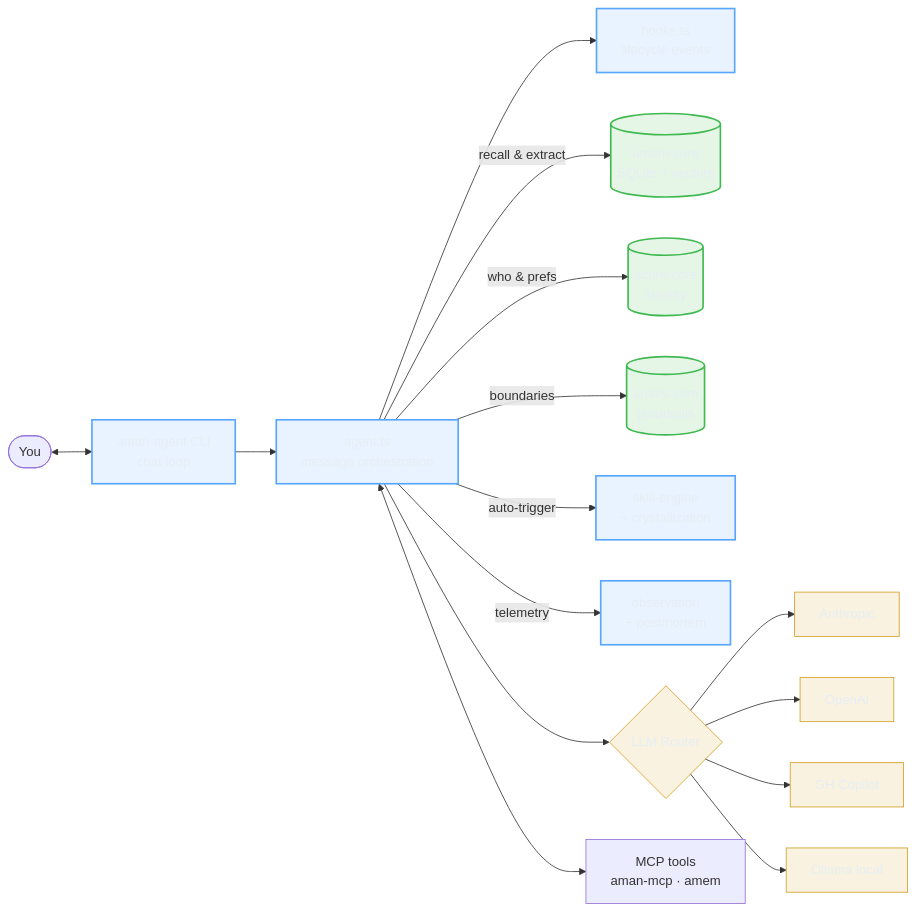
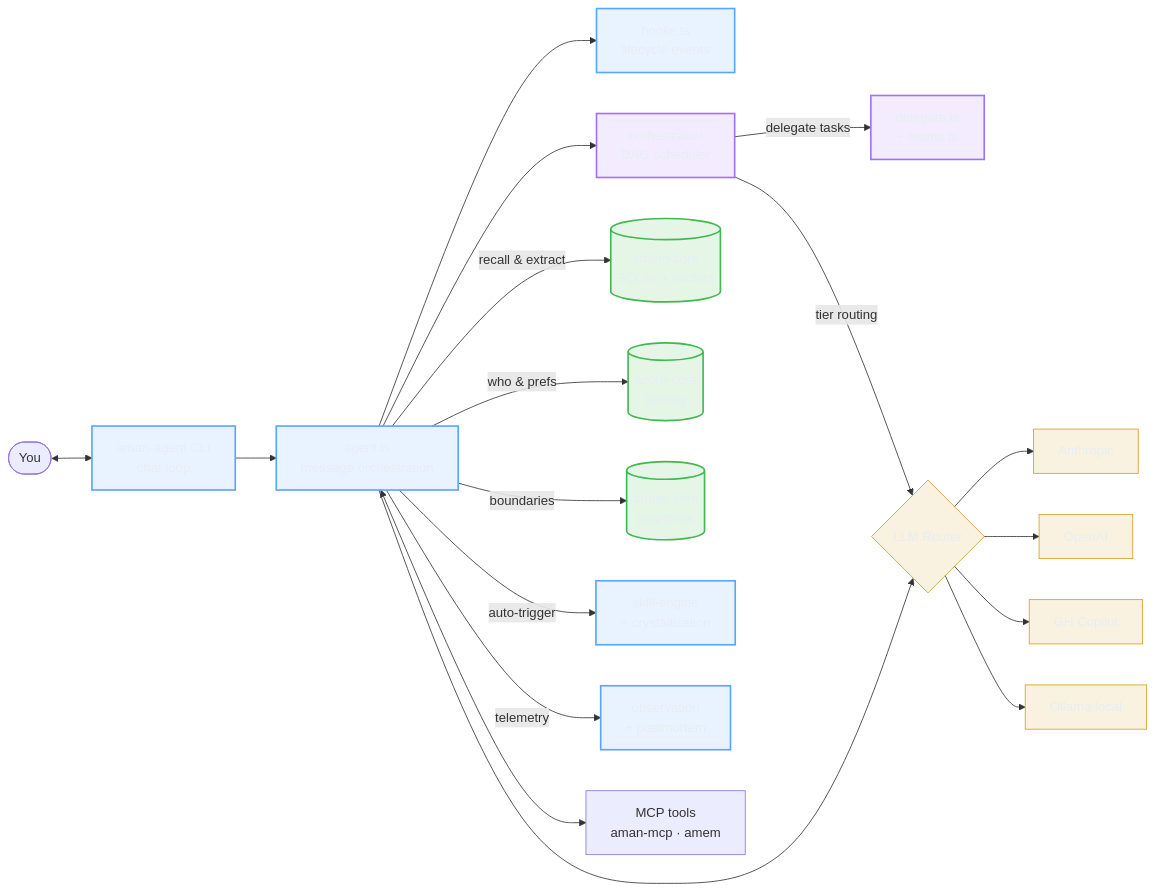
Before and after one commit to amanasmuei/aman-agent: the first of 2 diagrams in README.md, drawn with Mermaid. The commit also changed other lines of this file, not shown here.

First line of the commit message:
docs: update README for v0.35.0 orchestrator engine

````diff
--- a/README.md
+++ b/README.md
@@ -242,28 +294,34 @@
 ```mermaid
 flowchart LR
     User([You]) <--> CLI[aman-agent CLI<br/>chat loop]
 
     CLI --> Agent[agent.ts<br/>message orchestration]
     Agent --> Hooks[hooks.ts<br/>lifecycle events]
+    Agent --> Orch[orchestrator/<br/>DAG scheduler]
 
     Agent -->|recall &amp; extract| Memory[(amem-core<br/>SQLite + vectors)]
     Agent -->|who &amp; prefs| Identity[(acore-core<br/>identity)]
     Agent -->|boundaries| Rules[(arules-core<br/>guardrails)]
     Agent -->|auto-trigger| Skills[skill-engine<br/>+ crystallization]
     Agent -->|telemetry| Obs[observation<br/>+ postmortem]
+
+    Orch -->|delegate tasks| Delegate[delegate.ts<br/>+ teams.ts]
+    Orch -->|tier routing| LLM
 
     Agent --> LLM{LLM Router}
     LLM --> Claude[Anthropic]
     LLM --> GPT[OpenAI]
     LLM --> Copilot[GH Copilot]
     LLM --> Ollama[Ollama local]
 
     Agent <--> MCP[MCP tools<br/>aman-mcp · amem]
 
     classDef core fill:#58a6ff22,stroke:#58a6ff,color:#e6edf3,stroke-width:2px;
     classDef store fill:#3fb95022,stroke:#3fb950,color:#e6edf3,stroke-width:2px;
     classDef llm fill:#d29f2222,stroke:#d29f22,color:#e6edf3,stroke-width:1px;
+    classDef orch fill:#a371f722,stroke:#a371f7,color:#e6edf3,stroke-width:2px;
     class CLI,Agent,Hooks,Skills,Obs core
     class Memory,Identity,Rules store
     class Claude,GPT,Copilot,Ollama,LLM llm
+    class Orch,Delegate orch
 ```
````
